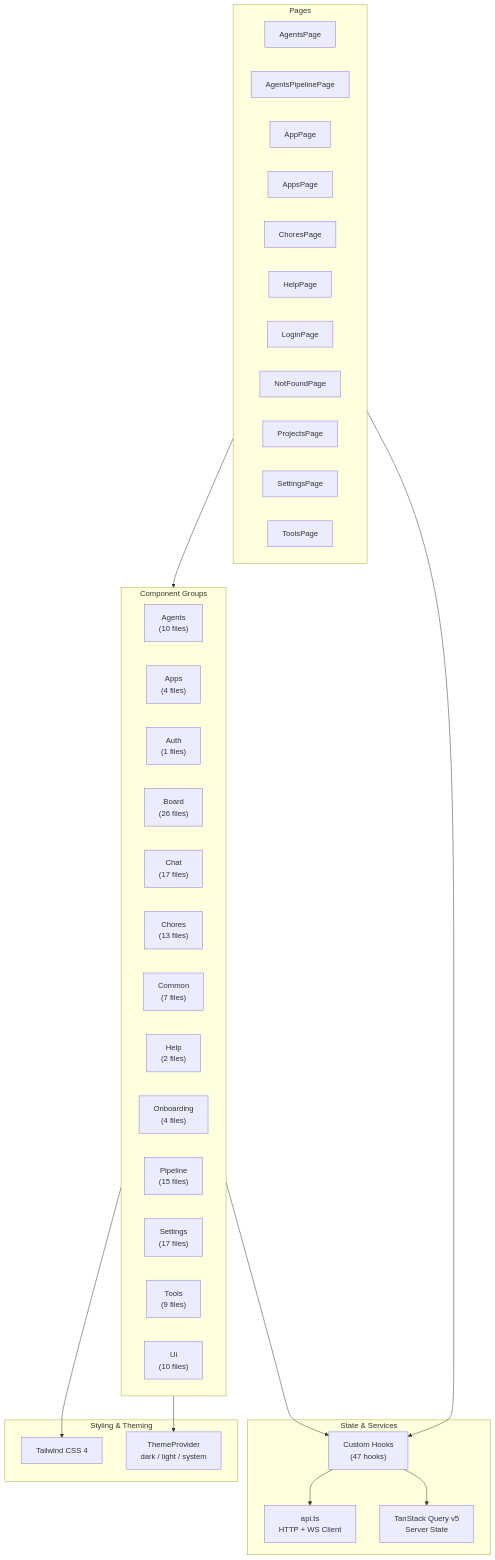
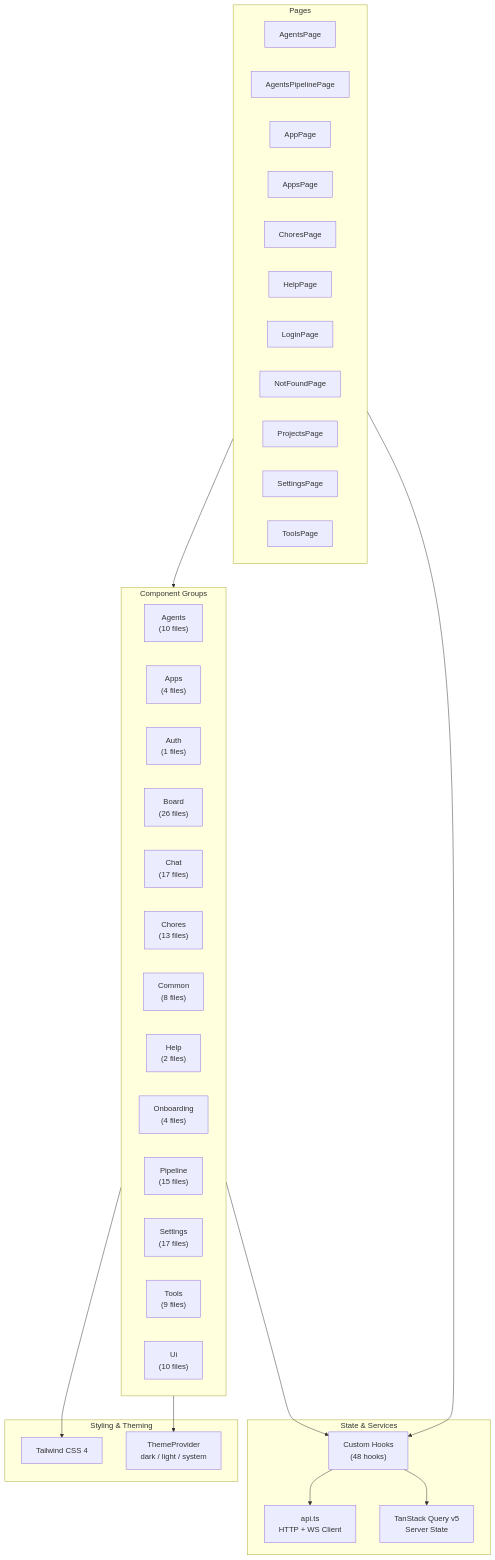
One commit to Boykai/github-workflows changed the diagram in solune/docs/architectures/frontend-components.mmd. Above: the diagram before and after it, drawn with Mermaid. The commit also changed 33 other files, not shown here.

```diff
--- a/solune/docs/architectures/frontend-components.mmd
+++ b/solune/docs/architectures/frontend-components.mmd
@@ -1,49 +1,49 @@
 graph TB
     subgraph Pages["Pages"]
         P_0["AgentsPage"]
         P_1["AgentsPipelinePage"]
         P_2["AppPage"]
         P_3["AppsPage"]
         P_4["ChoresPage"]
         P_5["HelpPage"]
         P_6["LoginPage"]
         P_7["NotFoundPage"]
         P_8["ProjectsPage"]
         P_9["SettingsPage"]
         P_10["ToolsPage"]
     end
 
     subgraph Components["Component Groups"]
         C_0["Agents<br/>(10 files)"]
         C_1["Apps<br/>(4 files)"]
         C_2["Auth<br/>(1 files)"]
         C_3["Board<br/>(26 files)"]
         C_4["Chat<br/>(17 files)"]
         C_5["Chores<br/>(13 files)"]
-        C_6["Common<br/>(7 files)"]
+        C_6["Common<br/>(8 files)"]
         C_7["Help<br/>(2 files)"]
         C_8["Onboarding<br/>(4 files)"]
         C_9["Pipeline<br/>(15 files)"]
         C_10["Settings<br/>(17 files)"]
         C_11["Tools<br/>(9 files)"]
         C_12["Ui<br/>(10 files)"]
     end
 
     subgraph State["State & Services"]
-        Hooks["Custom Hooks<br/>(47 hooks)"]
+        Hooks["Custom Hooks<br/>(48 hooks)"]
         API["api.ts<br/>HTTP + WS Client"]
         TQ["TanStack Query v5<br/>Server State"]
     end
 
     subgraph Styling["Styling & Theming"]
         TW["Tailwind CSS 4"]
         Theme["ThemeProvider<br/>dark / light / system"]
     end
 
     Pages --> Components
     Pages --> Hooks
     Components --> Hooks
     Hooks --> API
     Hooks --> TQ
     Components --> TW
     Components --> Theme
```
